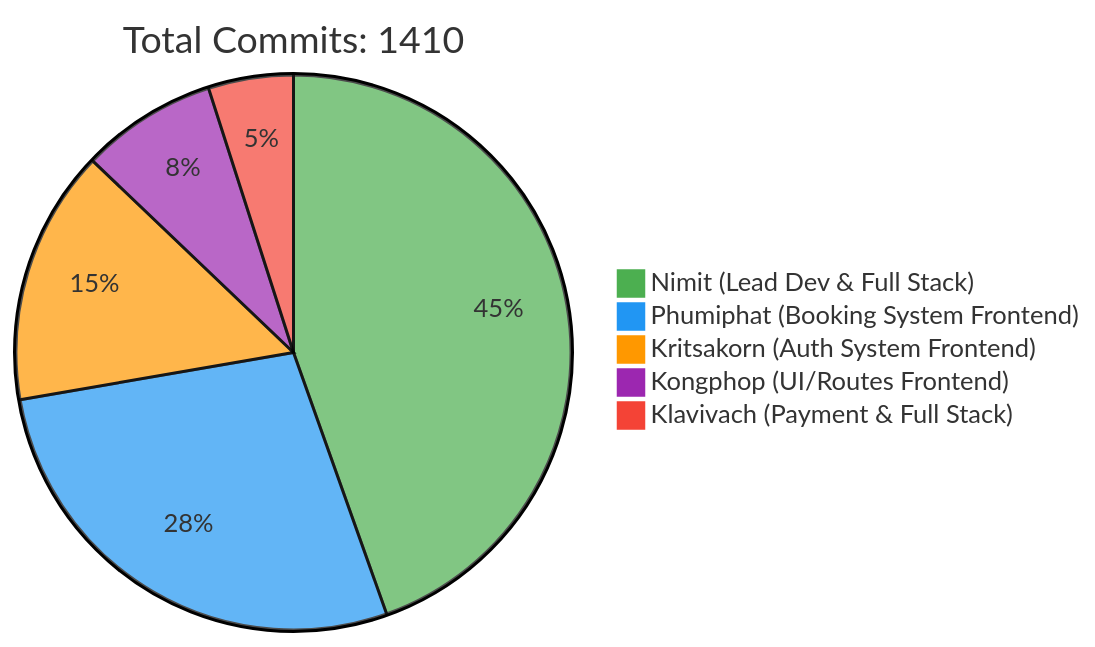
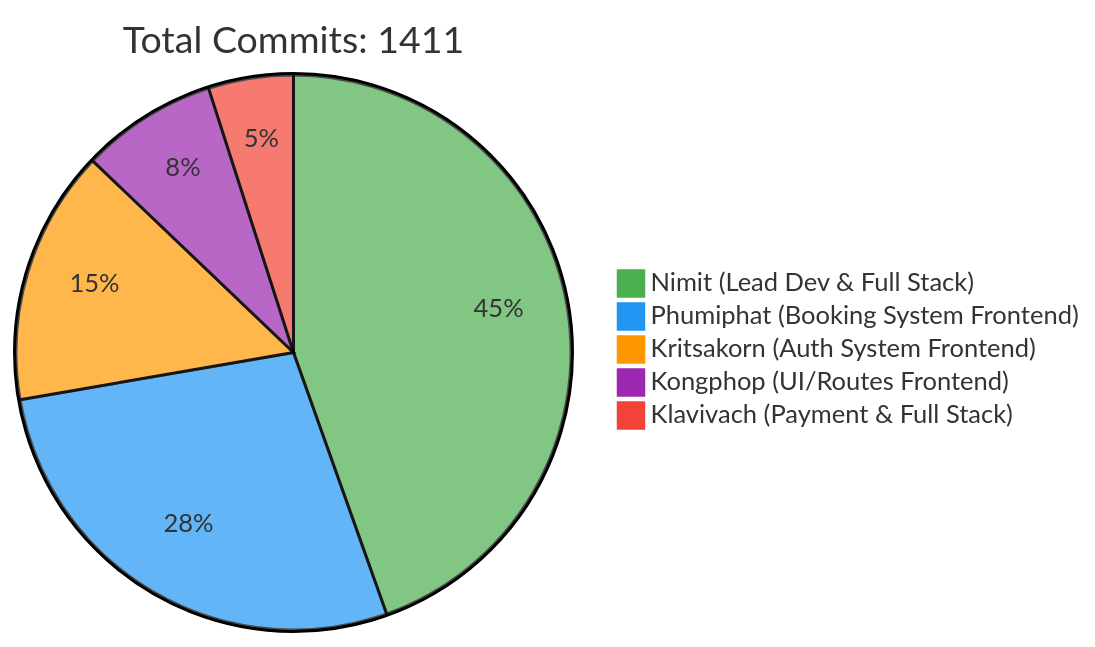
The first of 2 diagrams in README.md (6531503042/Sport-Complex), drawn with Mermaid before and after one commit. The commit also changed other lines of this file, not shown here.

Commit message:
docs: Update contributor statistics [skip ci]

````diff
--- a/README.md
+++ b/README.md
@@ -257,10 +257,10 @@
 ```mermaid
 %%{init: {'theme': 'base', 'themeVariables': { 'pie1': '#4CAF50', 'pie2': '#2196F3', 'pie3': '#FF9800', 'pie4': '#9C27B0', 'pie5': '#F44336'}}}%%
 pie
-    title Total Commits: 1410
+    title Total Commits: 1411
     "Nimit (Lead Dev & Full Stack)" : 450
     "Phumiphat (Booking System Frontend)" : 280
     "Kritsakorn (Auth System Frontend)" : 150
     "Kongphop (UI/Routes Frontend)" : 80
     "Klavivach (Payment & Full Stack)" : 50
 ```
````
